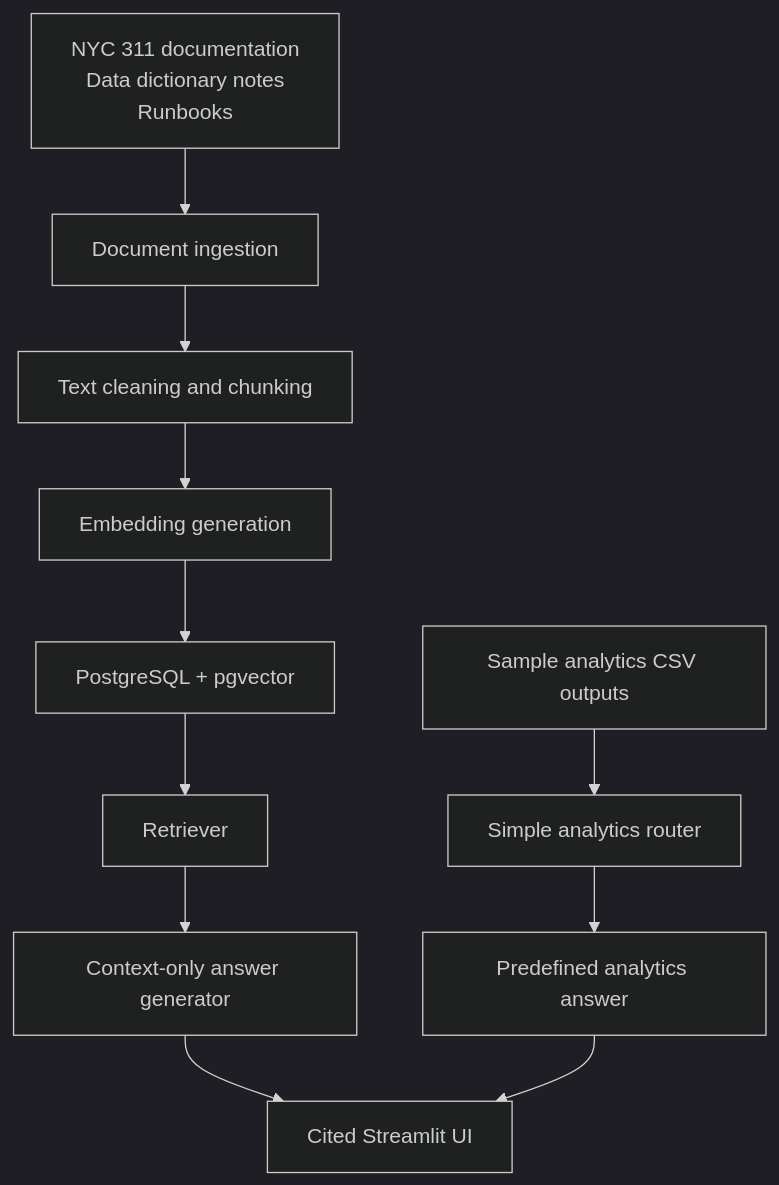
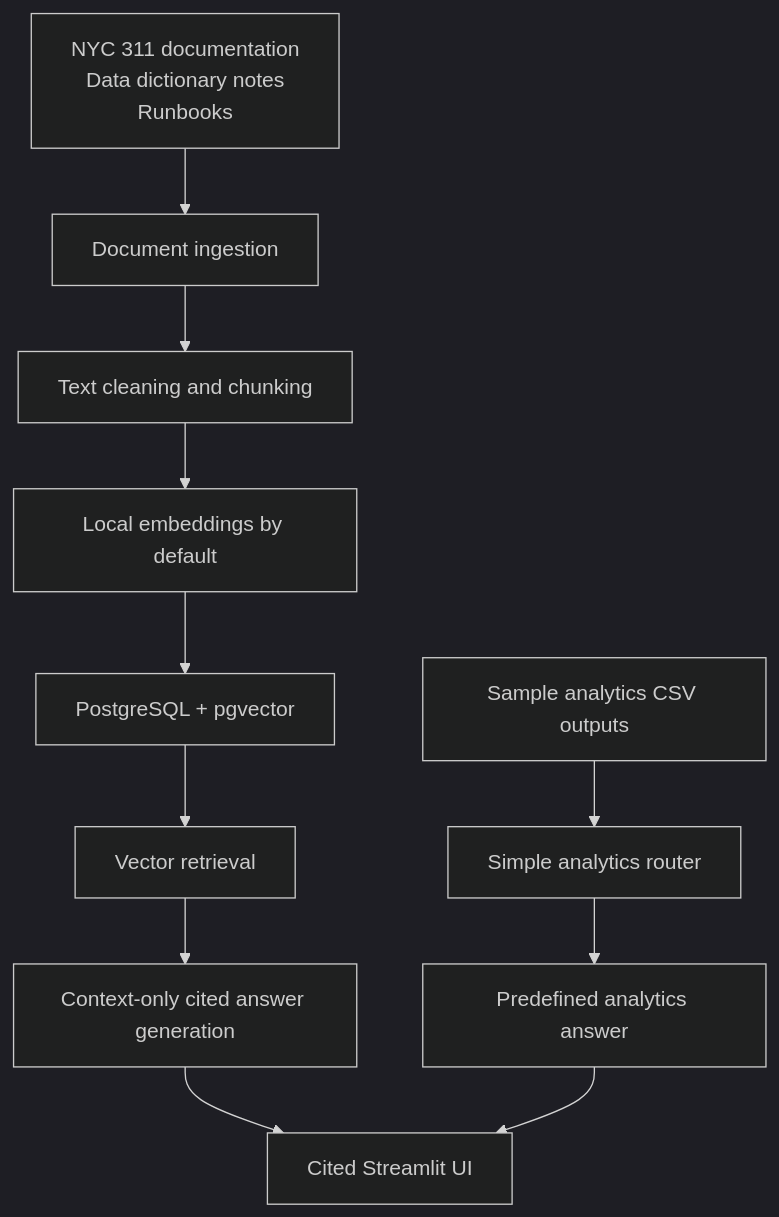
Before and after one commit to rihua-tech/civiclens-rag-nyc311: the diagram in docs/architecture.md, drawn with Mermaid (dark theme). The commit also changed other lines of this file and 1 other file, not shown here.

Commit message:
Refine hybrid RAG architecture docs

````diff
--- a/docs/architecture.md
+++ b/docs/architecture.md
@@ -5,17 +3,17 @@
 ```mermaid
 flowchart TD
     docs["NYC 311 documentation<br/>Data dictionary notes<br/>Runbooks"]
     samples["Sample analytics CSV outputs"]
 
     docs --> ingestion["Document ingestion"]
     ingestion --> chunking["Text cleaning and chunking"]
-    chunking --> embeddings["Embedding generation"]
+    chunking --> embeddings["Local embeddings by default"]
     embeddings --> store["PostgreSQL + pgvector"]
-    store --> retrieval["Retriever"]
-    retrieval --> answer["Context-only answer generator"]
+    store --> retrieval["Vector retrieval"]
+    retrieval --> answer["Context-only cited answer generation"]
     answer --> ui["Cited Streamlit UI"]
 
     samples --> router["Simple analytics router"]
     router --> analyticsAnswer["Predefined analytics answer"]
     analyticsAnswer --> ui
 ```
````
